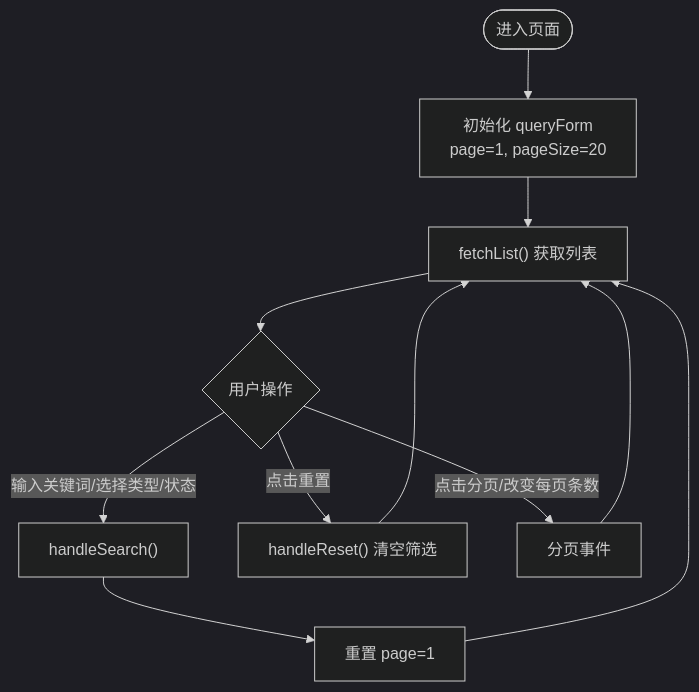
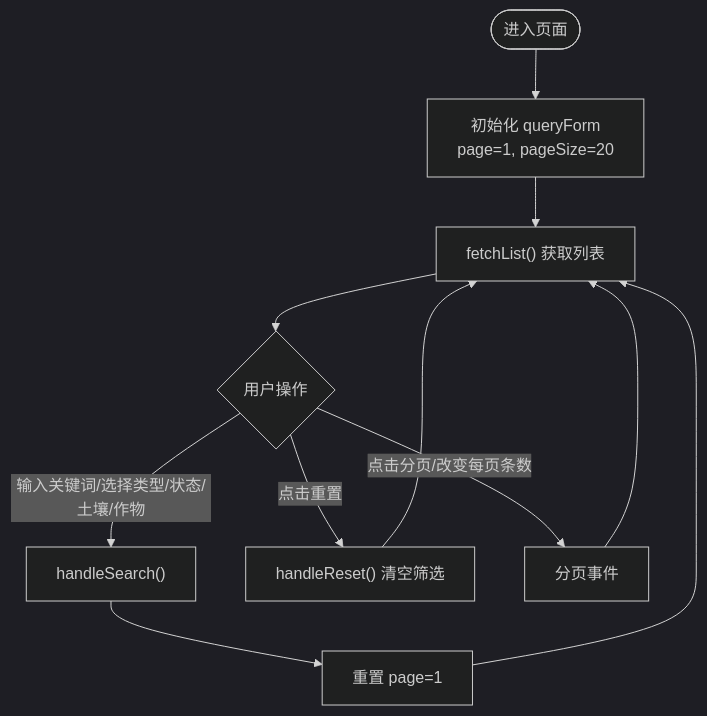
The third of 10 diagrams in .qoder/repowiki/zh/content/前端应用文档/核心页面/地块管理页面/地块列表页面.md (q446328246/agri-platform), drawn with Mermaid (dark theme) before and after one commit. The commit also changed other lines of this file and 52 other files, not shown here.

````diff
--- a/.qoder/repowiki/zh/content/前端应用文档/核心页面/地块管理页面/地块列表页面.md
+++ b/.qoder/repowiki/zh/content/前端应用文档/核心页面/地块管理页面/地块列表页面.md
@@ -109,13 +122,13 @@
 ```mermaid
 flowchart TD
 Start(["进入页面"]) --> Init["初始化 queryForm<br/>page=1, pageSize=20"]
 Init --> Fetch["fetchList() 获取列表"]
 Fetch --> UserAction{"用户操作"}
-UserAction --> |输入关键词/选择类型/状态| Search["handleSearch()"]
+UserAction --> |输入关键词/选择类型/状态/土壤/作物| Search["handleSearch()"]
 Search --> ResetPage["重置 page=1"]
 ResetPage --> Fetch
 UserAction --> |点击重置| Reset["handleReset() 清空筛选"]
 Reset --> Fetch
 UserAction --> |点击分页/改变每页条数| PageChange["分页事件"]
 PageChange --> Fetch
 ```
````
